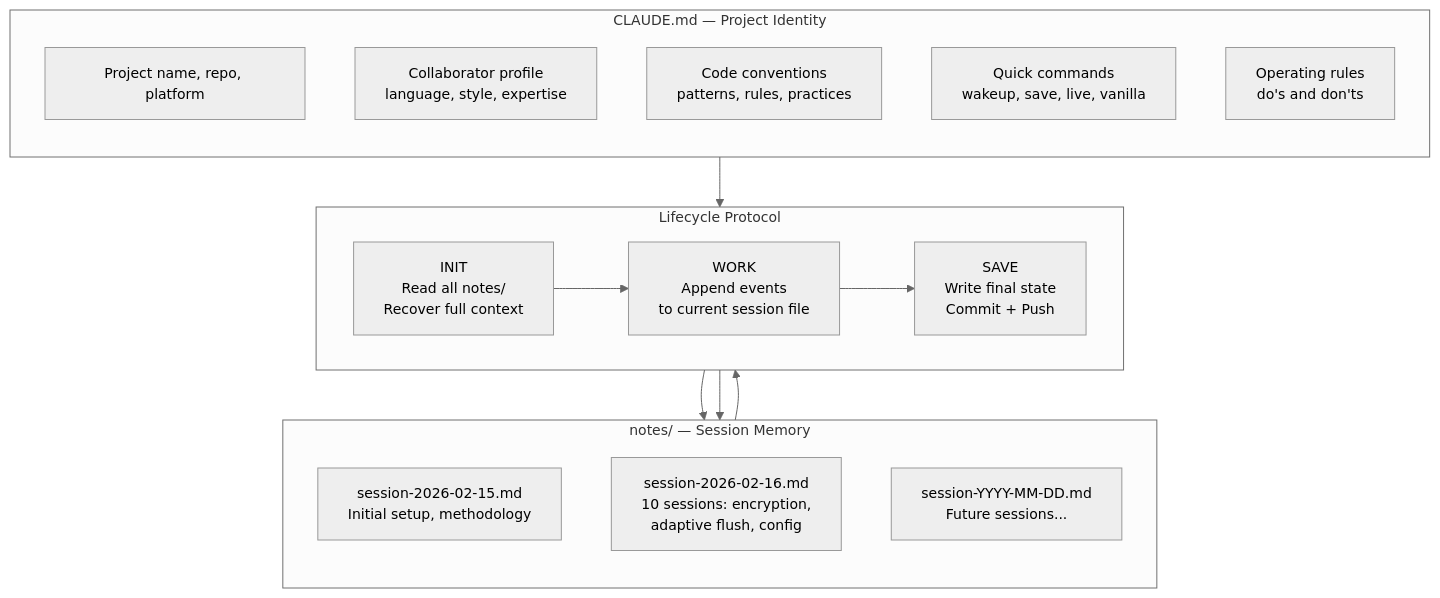
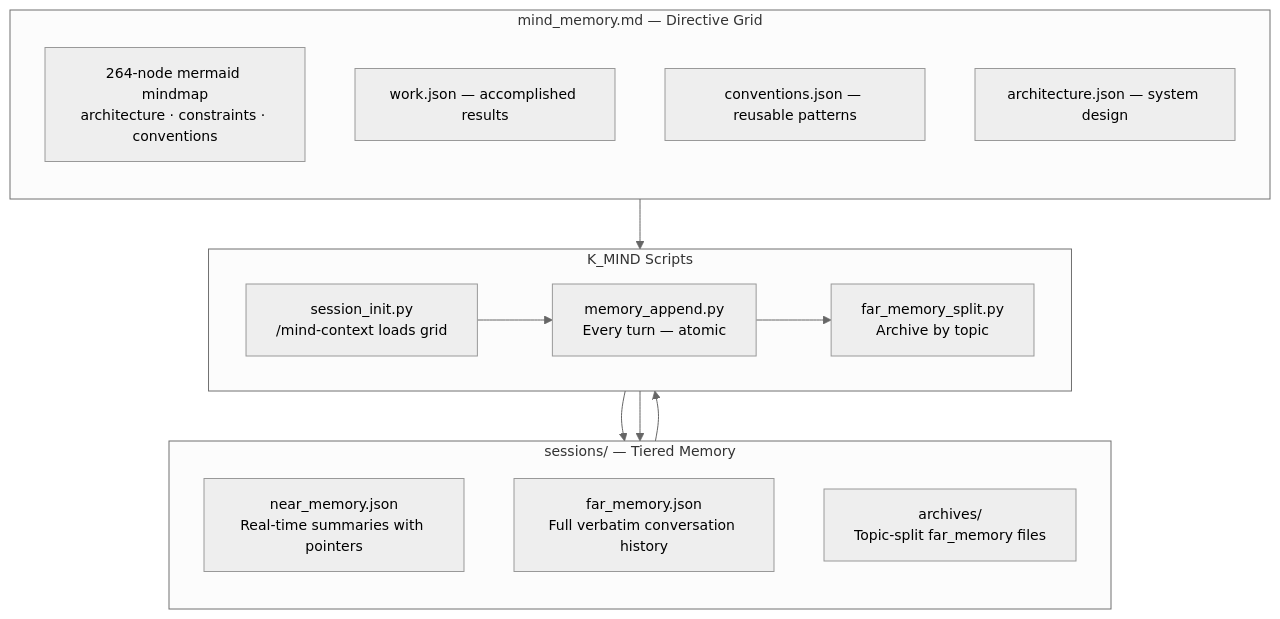
Before and after one commit to packetqc/K_DOCS: the diagram in docs/publications/ai-session-persistence/full/index.md, drawn with Mermaid. The commit also changed 1 other file, not shown here.

Commit message:
fix: update ai-session-persistence mermaid diagrams to K2.0 architecture
Replace legacy CLAUDE.md/notes/lifecycle diagram with K_MIND reality:
mind_memory.md directive grid, domain JSONs, sessions/ tiered memory
(near/far/archives), K_MIND scripts (session_init, memory_append,
far_memory_split). EN + FR full docs.

````diff
--- a/docs/publications/ai-session-persistence/full/index.md
+++ b/docs/publications/ai-session-persistence/full/index.md
@@ -76,32 +76,31 @@
 ```mermaid
 %%{init: {'theme': 'neutral', 'themeVariables': {'fontSize': '14px'}}}%%
 flowchart TB
-    subgraph CLAUDE_MD["CLAUDE.md — Project Identity"]
+    subgraph MIND["mind_memory.md — Directive Grid"]
         direction TB
-        ID["Project name, repo, platform"]
-        COLLAB["Collaborator profile<br/>language, style, expertise"]
-        CONV["Code conventions<br/>patterns, rules, practices"]
-        CMDS["Quick commands<br/>wakeup, save, live, vanilla"]
-        RULES["Operating rules<br/>do's and don'ts"]
+        NODES["264-node mermaid mindmap<br/>architecture · constraints · conventions"]
+        WORK_J["work.json — accomplished results"]
+        CONV_J["conventions.json — reusable patterns"]
+        ARCH_J["architecture.json — system design"]
     end
 
-    subgraph NOTES["notes/ — Session Memory"]
+    subgraph SESSIONS["sessions/ — Tiered Memory"]
         direction TB
-        S1["session-2026-02-15.md<br/>Initial setup, methodology"]
-        S2["session-2026-02-16.md<br/>10 sessions: encryption,<br/>adaptive flush, config"]
-        SN["session-YYYY-MM-DD.md<br/>Future sessions..."]
+        NEAR["near_memory.json<br/>Real-time summaries with pointers"]
+        FAR["far_memory.json<br/>Full verbatim conversation history"]
+        ARCHIVES["archives/<br/>Topic-split far_memory files"]
     end
 
-    subgraph LIFECYCLE["Lifecycle Protocol"]
+    subgraph SCRIPTS["K_MIND Scripts"]
         direction LR
-        INIT["INIT<br/>Read all notes/<br/>Recover full context"]
-        WORK["WORK<br/>Append events<br/>to current session file"]
-        SAVE["SAVE<br/>Write final state<br/>Commit + Push"]
-        INIT --> WORK --> SAVE
+        INIT["session_init.py<br/>/mind-context loads grid"]
+        APPEND["memory_append.py<br/>Every turn — atomic"]
+        SPLIT["far_memory_split.py<br/>Archive by topic"]
+        INIT --> APPEND --> SPLIT
     end
 
-    CLAUDE_MD --> INIT
-    NOTES --> INIT
-    WORK --> NOTES
-    SAVE --> NOTES
+    MIND --> INIT
+    SESSIONS --> INIT
+    APPEND --> SESSIONS
+    SPLIT --> SESSIONS
 ```
````
